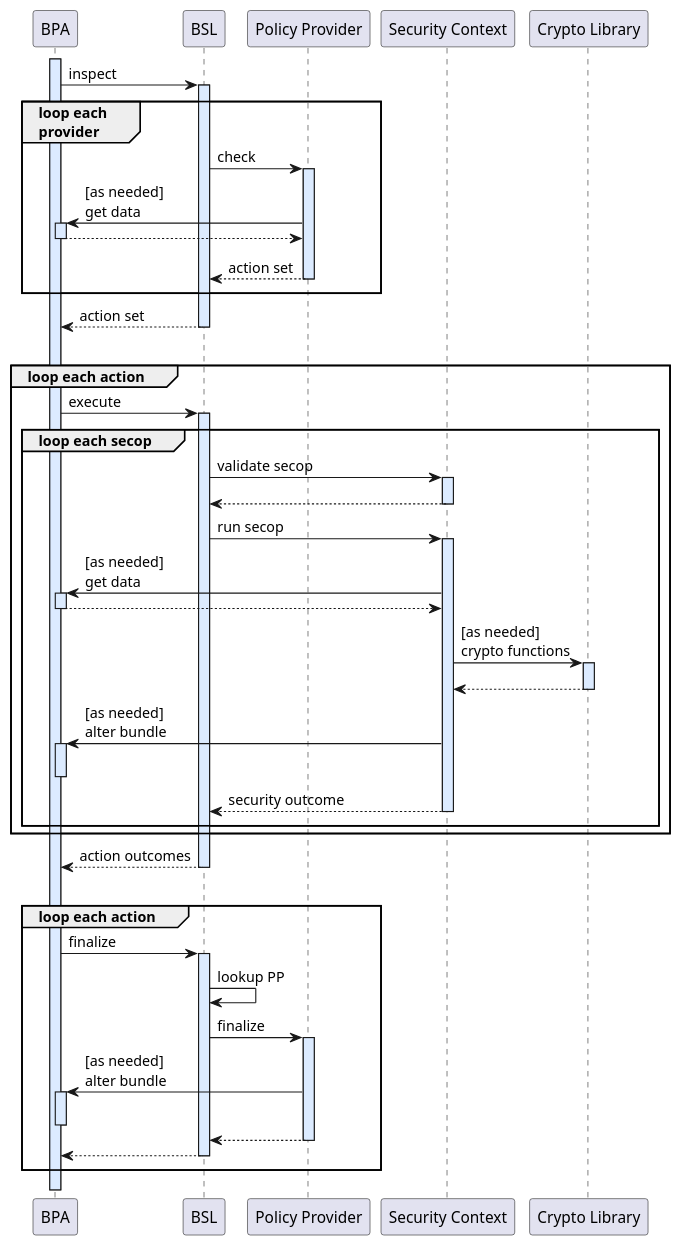
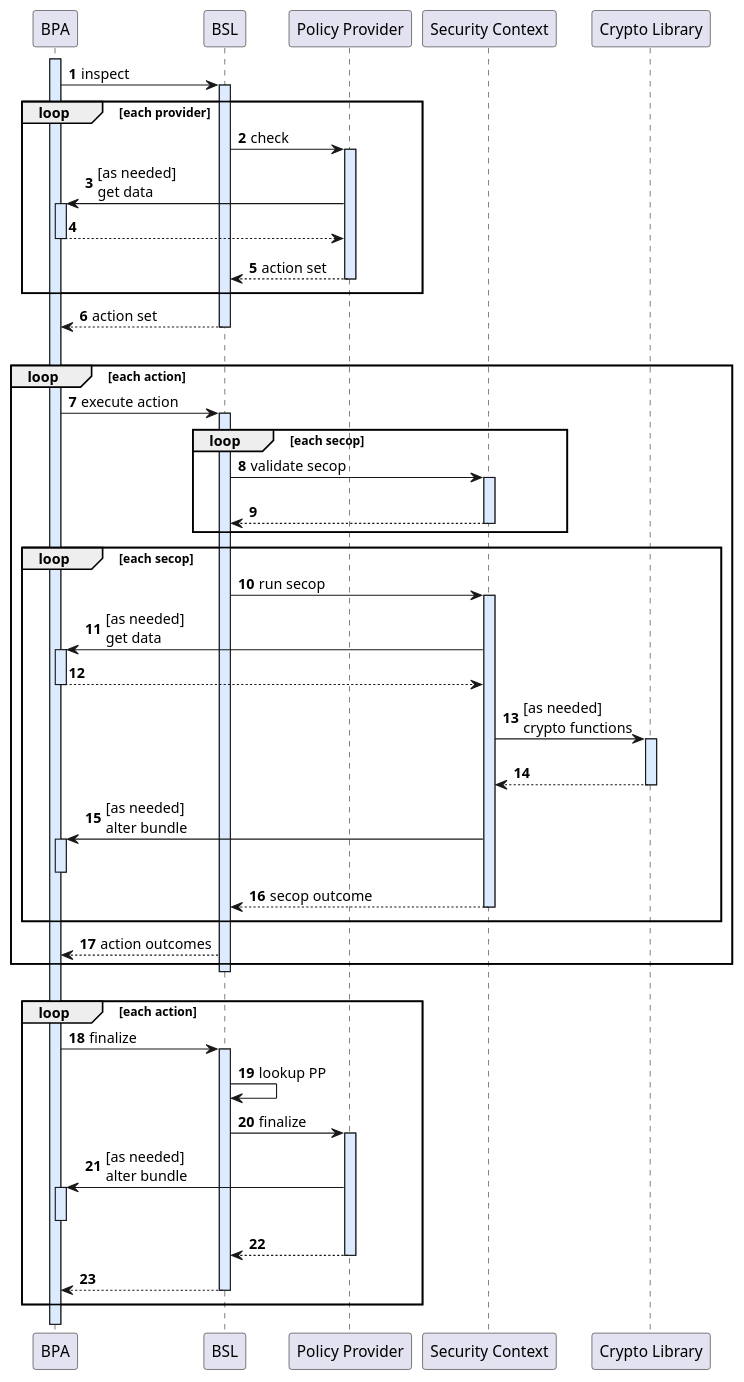
Before and after one commit to NASA-AMMOS/BSL-docs: the diagram in user-guide/static/bundle-workflow.puml, drawn with PlantUML. The commit also changed 1 other file, not shown here.

Commit message:
Fix sequnce diagram and update refs to step numbers

```diff
--- a/user-guide/static/bundle-workflow.puml
+++ b/user-guide/static/bundle-workflow.puml
@@ -1,95 +1,100 @@
 @startuml
+autonumber
+
 participant "BPA" as BPA
 participant "BSL" as BSL
 participant "Policy Provider" as Policy
 participant "Security Context" as SC
 participant "Crypto Library" as Crypto
 
 activate BPA #dcebff
 BPA -> BSL : inspect
 activate BSL #dcebff
-group loop each\nprovider
+loop each provider
     BSL -> Policy : check
 
     activate Policy #dcebff
     Policy -> BPA : [as needed]\nget data
 
     activate BPA #dcebff
     BPA --> Policy
     deactivate BPA
 
     ||5||
 
     Policy --> BSL : action set
     ||5||
     deactivate Policy
 end
 BSL --> BPA : action set
 deactivate BSL
 
 ||20||
 
-group loop each action
-    BPA -> BSL : execute
+loop each action
+    BPA -> BSL : execute action
     activate BSL #dcebff
 
-    group loop each secop
-    
+    loop each secop
         BSL -> SC : validate secop
         activate SC #dcebff
         ||10||
         SC --> BSL
         deactivate SC
+    end
+
+    loop each secop
 
         BSL -> SC : run secop
         activate SC #dcebff
 
         SC -> BPA : [as needed]\nget data
         activate BPA #dcebff
         BPA --> SC
         deactivate BPA
     
         SC -> Crypto : [as needed]\ncrypto functions
         activate Crypto #dcebff
         ||10||
         Crypto --> SC
         deactivate Crypto
     
         SC -> BPA : [as needed]\nalter bundle
         activate BPA #dcebff
         deactivate BPA
     
-        SC --> BSL : security outcome
+        SC --> BSL : secop outcome
         ||5||
         deactivate SC
     end
+
+    BSL --> BPA : action outcomes
 end
-BSL --> BPA : action outcomes
 deactivate BSL
 
 ||20||
 
-group loop each action
+loop each action
     BPA -> BSL : finalize
     activate BSL #dcebff
 
     BSL -> BSL : lookup PP
 
     BSL -> Policy : finalize
     activate Policy #dcebff
 
     Policy -> BPA : [as needed]\nalter bundle
     activate BPA #dcebff
     deactivate BPA
 
     Policy --> BSL
     deactivate Policy
 
     BSL --> BPA
     deactivate BSL
     ||5||
 end
 
 ||10||
 
 @enduml
```
